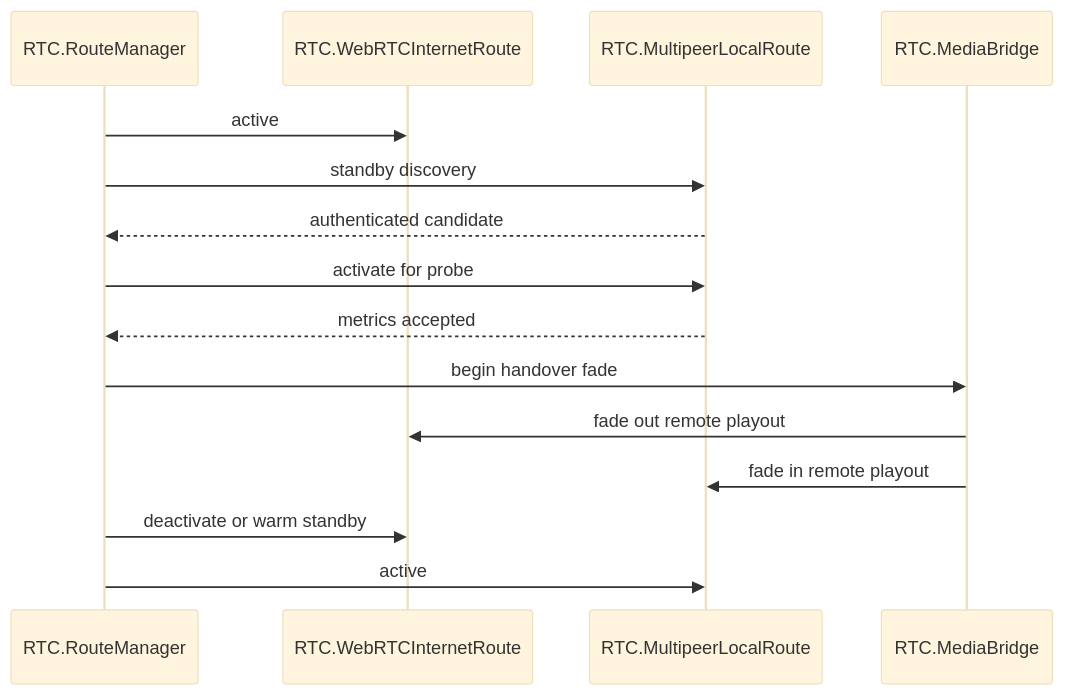
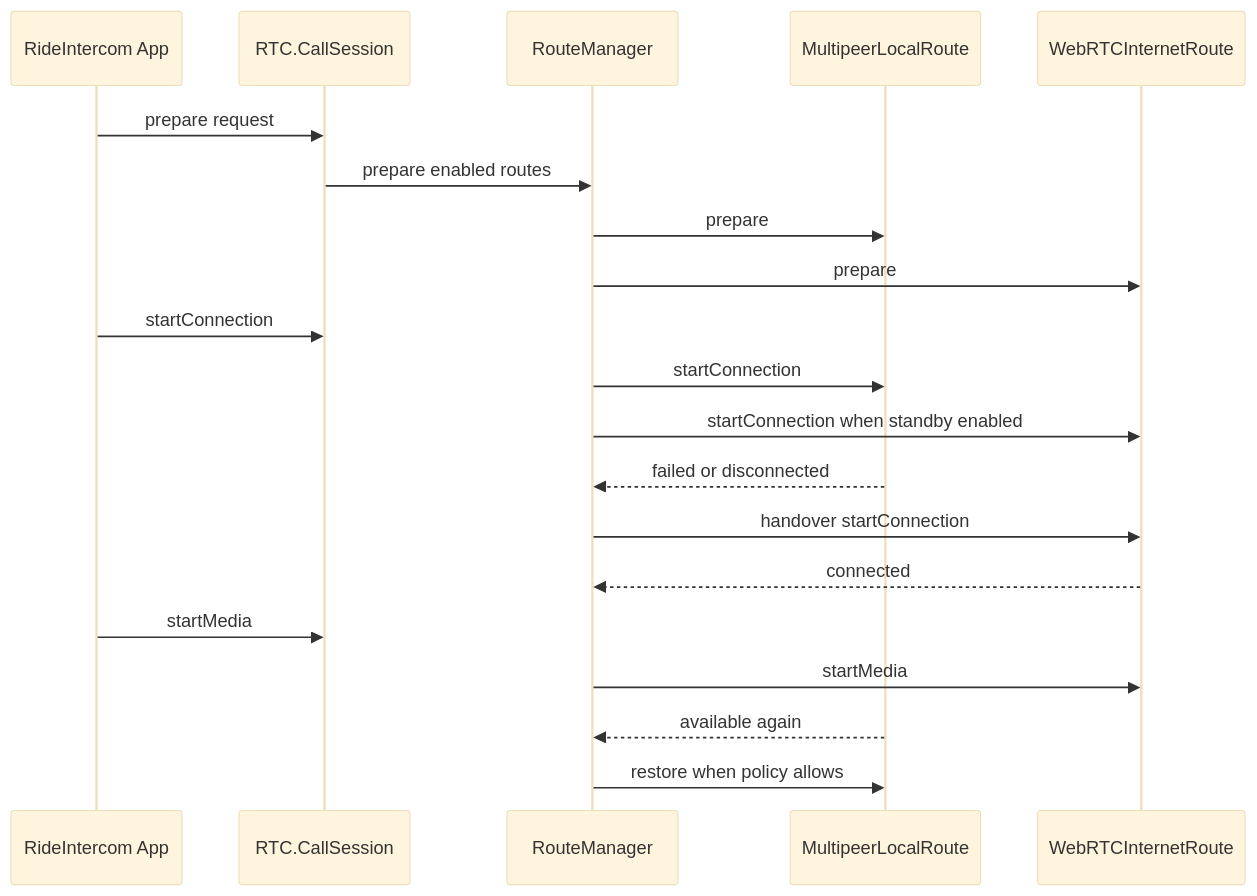
One commit to eroccowaruico/iOS-Intercom changed the second of 2 diagrams in docs/spec/packages/RTC.md. Above: the diagram before and after it, drawn with Mermaid (base theme). The commit also changed other lines of this file and 34 other files, not shown here.

Commit message:
Refactor RTC package and WebRTC binary workflow

````diff
--- a/docs/spec/packages/RTC.md
+++ b/docs/spec/packages/RTC.md
@@ -410,18 +128,22 @@
 ```mermaid
 sequenceDiagram
-    participant RM as RTC.RouteManager
-    participant WR as RTC.WebRTCInternetRoute
-    participant MR as RTC.MultipeerLocalRoute
-    participant MC as RTC.MediaBridge
-
-    RM->>WR: active
-    RM->>MR: standby discovery
-    MR-->>RM: authenticated candidate
-    RM->>MR: activate for probe
-    MR-->>RM: metrics accepted
-    RM->>MC: begin handover fade
-    MC->>WR: fade out remote playout
-    MC->>MR: fade in remote playout
-    RM->>WR: deactivate or warm standby
-    RM->>MR: active
+    participant App as RideIntercom App
+    participant Session as RTC.CallSession
+    participant Manager as RouteManager
+    participant MC as MultipeerLocalRoute
+    participant WEB as WebRTCInternetRoute
+    App->>Session: prepare request
+    Session->>Manager: prepare enabled routes
+    Manager->>MC: prepare
+    Manager->>WEB: prepare
+    App->>Session: startConnection
+    Manager->>MC: startConnection
+    Manager->>WEB: startConnection when standby enabled
+    MC-->>Manager: failed or disconnected
+    Manager->>WEB: handover startConnection
+    WEB-->>Manager: connected
+    App->>Session: startMedia
+    Manager->>WEB: startMedia
+    MC-->>Manager: available again
+    Manager->>MC: restore when policy allows
 ```
````
